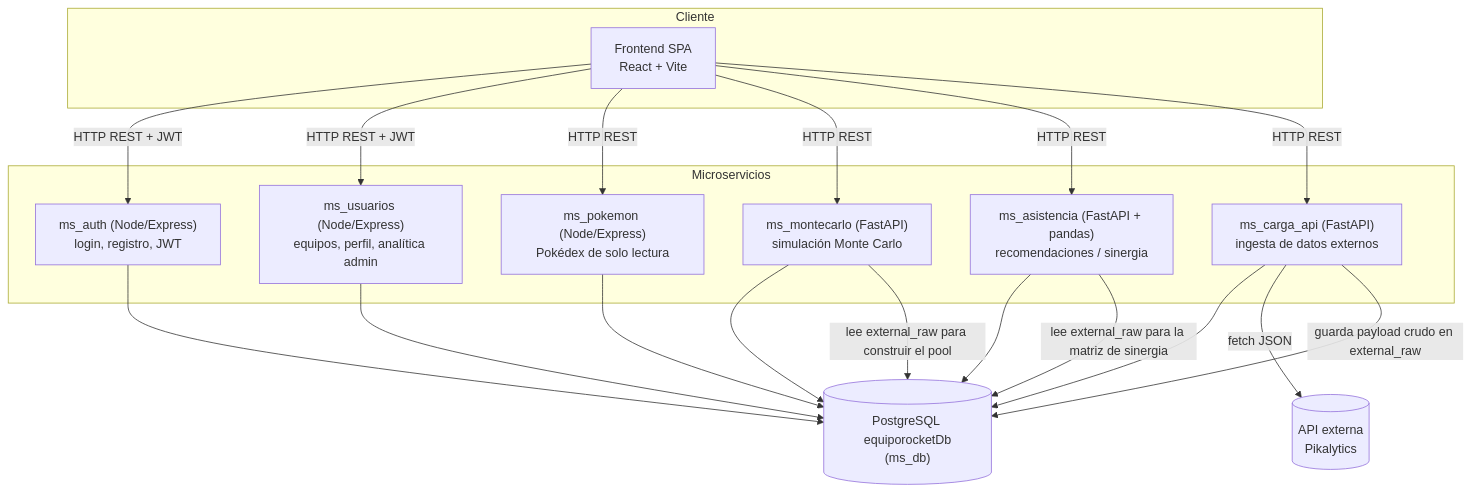
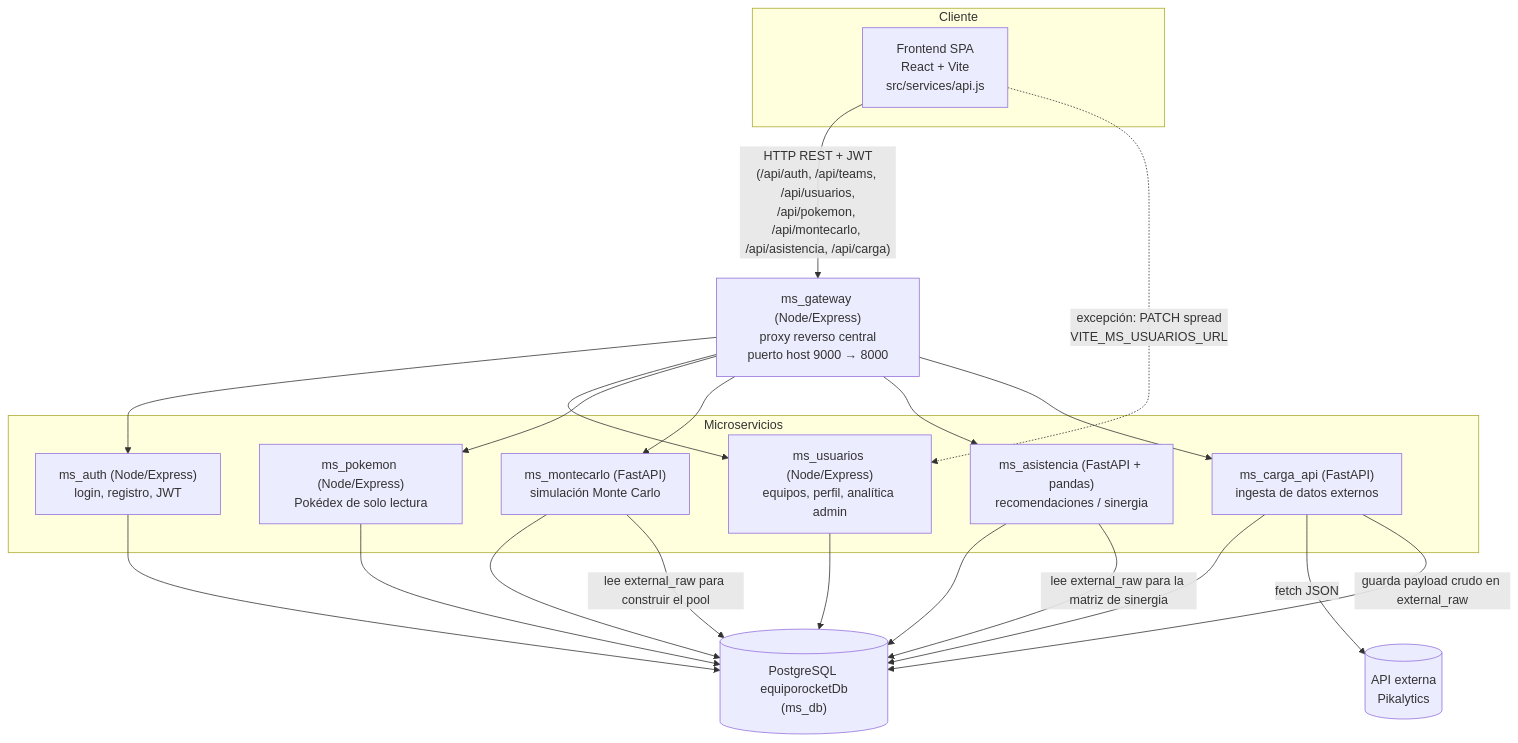
One commit to BenjaMorenoo/EquipoRocket.pk changed the diagram in README.md. Above: the diagram before and after it, drawn with Mermaid. The commit also changed other lines of this file and 1 other file, not shown here.

First line of the commit message:
Corrige README y ARQUITECTURA.md para reflejar el flujo real via API Gateway

````diff
--- a/README.md
+++ b/README.md
@@ -11,37 +11,41 @@
 ```mermaid
 flowchart TB
     subgraph Cliente
-        FE["Frontend SPA<br/>React + Vite"]
+        FE["Frontend SPA<br/>React + Vite<br/>src/services/api.js"]
     end
+
+    GW["ms_gateway (Node/Express)<br/>proxy reverso central<br/>puerto host 9000 → 8000"]
 
     subgraph Microservicios
         AUTH["ms_auth (Node/Express)<br/>login, registro, JWT"]
         USU["ms_usuarios (Node/Express)<br/>equipos, perfil, analítica admin"]
         POKE["ms_pokemon (Node/Express)<br/>Pokédex de solo lectura"]
         CARGA["ms_carga_api (FastAPI)<br/>ingesta de datos externos"]
         MC["ms_montecarlo (FastAPI)<br/>simulación Monte Carlo"]
         ASIS["ms_asistencia (FastAPI + pandas)<br/>recomendaciones / sinergia"]
     end
 
     DB[("PostgreSQL equiporocketDb<br/>(ms_db)")]
     EXT[("API externa<br/>Pikalytics")]
 
-    FE -->|"HTTP REST + JWT"| AUTH
-    FE -->|"HTTP REST + JWT"| USU
-    FE -->|"HTTP REST"| POKE
-    FE -->|"HTTP REST"| MC
-    FE -->|"HTTP REST"| ASIS
-    FE -->|"HTTP REST"| CARGA
+    FE -->|"HTTP REST + JWT<br/>(/api/auth, /api/teams, /api/usuarios,<br/>/api/pokemon, /api/montecarlo, /api/asistencia, /api/carga)"| GW
+    FE -.->|"excepción: PATCH spread<br/>VITE_MS_USUARIOS_URL"| USU
+    GW --> AUTH
+    GW --> USU
+    GW --> POKE
+    GW --> MC
+    GW --> ASIS
+    GW --> CARGA
 
     AUTH --> DB
     USU --> DB
     POKE --> DB
     CARGA --> DB
     MC --> DB
     ASIS --> DB
 
     CARGA -->|"fetch JSON"| EXT
     CARGA -->|"guarda payload crudo en external_raw"| DB
     MC -->|"lee external_raw para construir el pool"| DB
     ASIS -->|"lee external_raw para la matriz de sinergia"| DB
 ```
````
